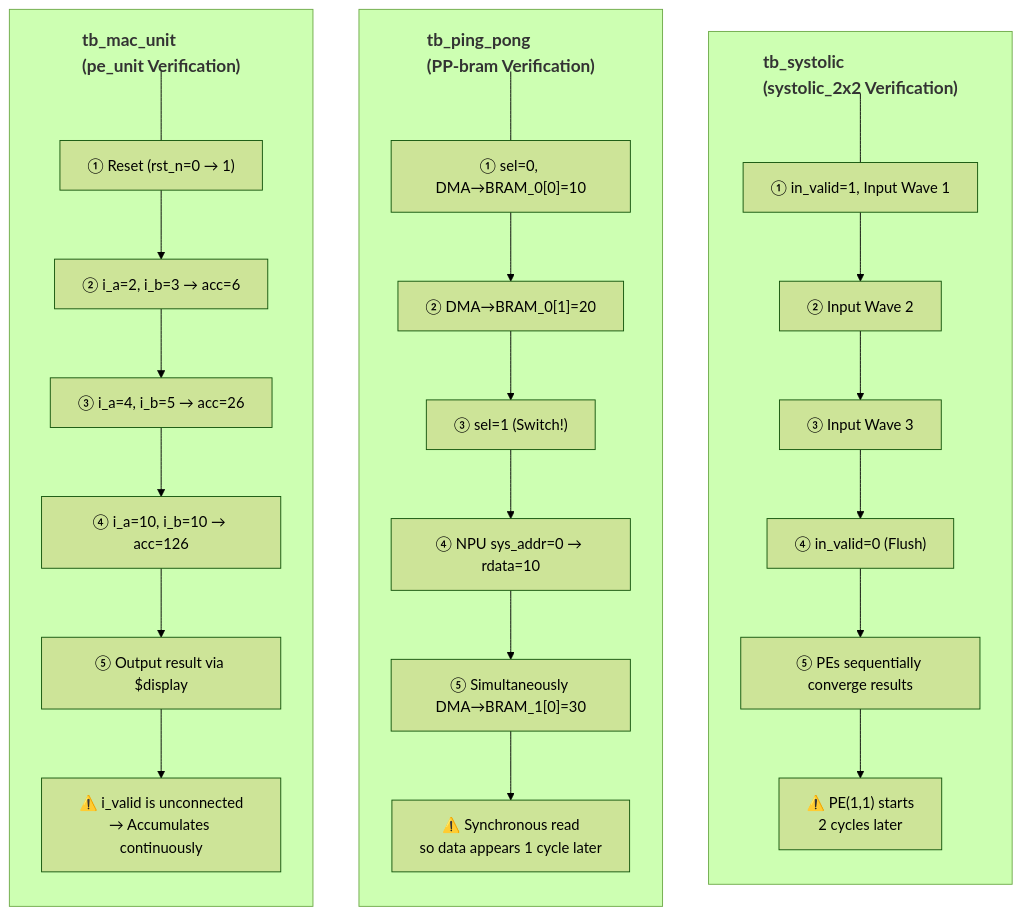
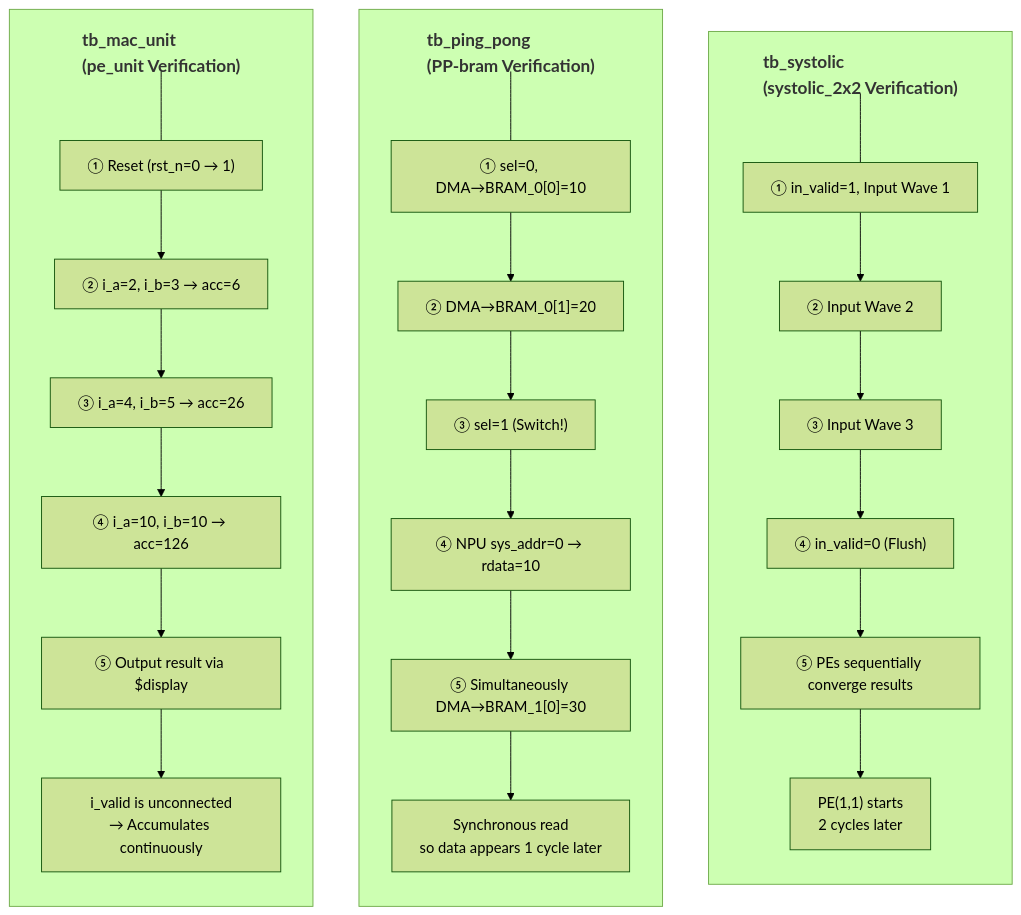
The first of 2 diagrams in Architecture/Testbench.md (hwkim-dev/NPU-FPGA-Transformer-Accelerator-KV260), drawn with Mermaid (forest theme) before and after one commit. The commit also changed 32 other files, not shown here.

````diff
--- a/Architecture/Testbench.md
+++ b/Architecture/Testbench.md
@@ -9,47 +9,47 @@
 ```mermaid
 flowchart LR
     %% Overall horizontal (1 row 3 columns) arrangement
 
     subgraph tb_mac_unit["<h3>tb_mac_unit<br/>(pe_unit Verification)</h3>"]
         direction TB
         %% Transparent node for spacing from title
         sep1[ ] --- T1
         style sep1 fill:none,stroke:none
 
         T1["① Reset (rst_n=0 → 1)"] --> T2["② i_a=2, i_b=3 → acc=6"]
         T2 --> T3["③ i_a=4, i_b=5 → acc=26"]
         T3 --> T4["④ i_a=10, i_b=10 → acc=126"]
         T4 --> T5["⑤ Output result via $display"]
-        T5 --> W1["⚠️ i_valid is unconnected\n→ Accumulates continuously"]
+        T5 --> W1[" i_valid is unconnected\n→ Accumulates continuously"]
     end
 
     subgraph tb_ping_pong["<h3>tb_ping_pong<br/>(PP-bram Verification)</h3>"]
         direction TB
         %% Transparent node for spacing from title
         sep2[ ] --- P1
         style sep2 fill:none,stroke:none
 
         P1["① sel=0, DMA→BRAM_0[0]=10"] --> P2["② DMA→BRAM_0[1]=20"]
         P2 --> P3["③ sel=1 (Switch!)"]
         P3 --> P4["④ NPU sys_addr=0 → rdata=10"]
         P4 --> P5["⑤ Simultaneously DMA→BRAM_1[0]=30"]
-        P5 --> W2["⚠️ Synchronous read\nso data appears 1 cycle later"]
+        P5 --> W2[" Synchronous read\nso data appears 1 cycle later"]
     end
 
     subgraph tb_systolic["<h3>tb_systolic<br/>(systolic_2x2 Verification)</h3>"]
         direction TB
         %% Transparent node for spacing from title
         sep3[ ] --- S1
         style sep3 fill:none,stroke:none
 
         S1["① in_valid=1, Input Wave 1"] --> S2["② Input Wave 2"]
         S2 --> S3["③ Input Wave 3"]
         S3 --> S4["④ in_valid=0 (Flush)"]
         S4 --> S5["⑤ PEs sequentially converge results"]
-        S5 --> W3["⚠️ PE(1,1) starts\n2 cycles later"]
+        S5 --> W3[" PE(1,1) starts\n2 cycles later"]
     end
 
     %% Transparent connecting lines to maintain the 3-column layout
     tb_mac_unit ~~~ tb_ping_pong
     tb_ping_pong ~~~ tb_systolic
 ```
````
